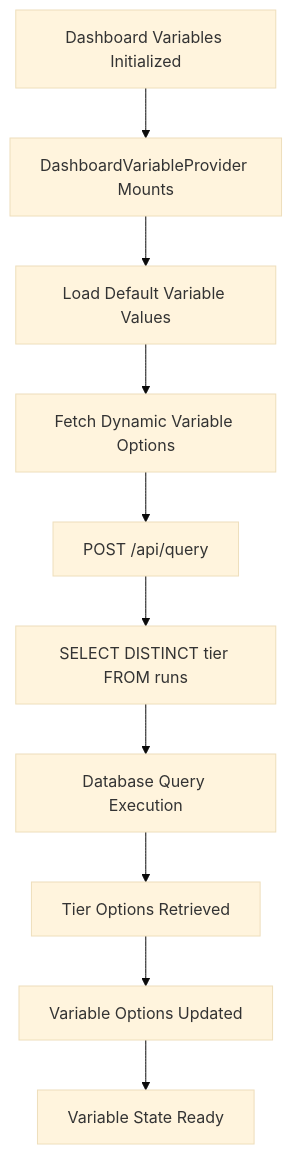
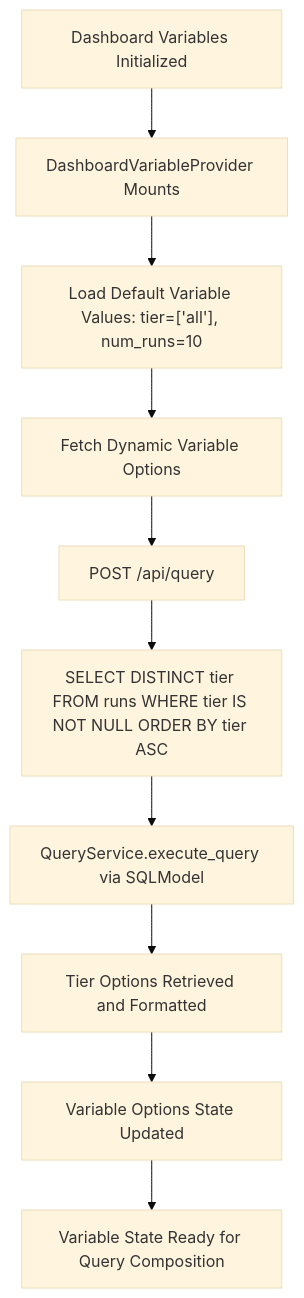
The second of 4 diagrams in docs/dashboard_data_flow_analysis.md (bdeland/TowerIQ), drawn with Mermaid (base theme) before and after one commit. The commit also changed other lines of this file and 6 other files, not shown here.

````diff
--- a/docs/dashboard_data_flow_analysis.md
+++ b/docs/dashboard_data_flow_analysis.md
@@ -48,13 +60,12 @@
 ```mermaid
 graph TD
     A[Dashboard Variables Initialized] --> B[DashboardVariableProvider Mounts]
-    B --> C[Load Default Variable Values]
+    B --> C["Load Default Variable Values: tier=['all'], num_runs=10"]
     C --> D[Fetch Dynamic Variable Options]
-    
     D --> E["POST /api/query"]
-    E --> F["SELECT DISTINCT tier FROM runs"]
-    F --> G[Database Query Execution]
-    G --> H[Tier Options Retrieved]
-    H --> I[Variable Options Updated]
-    I --> J[Variable State Ready]
+    E --> F["SELECT DISTINCT tier FROM runs WHERE tier IS NOT NULL ORDER BY tier ASC"]
+    F --> G[QueryService.execute_query via SQLModel]
+    G --> H[Tier Options Retrieved and Formatted]
+    H --> I[Variable Options State Updated]
+    I --> J[Variable State Ready for Query Composition]
 ```
````
